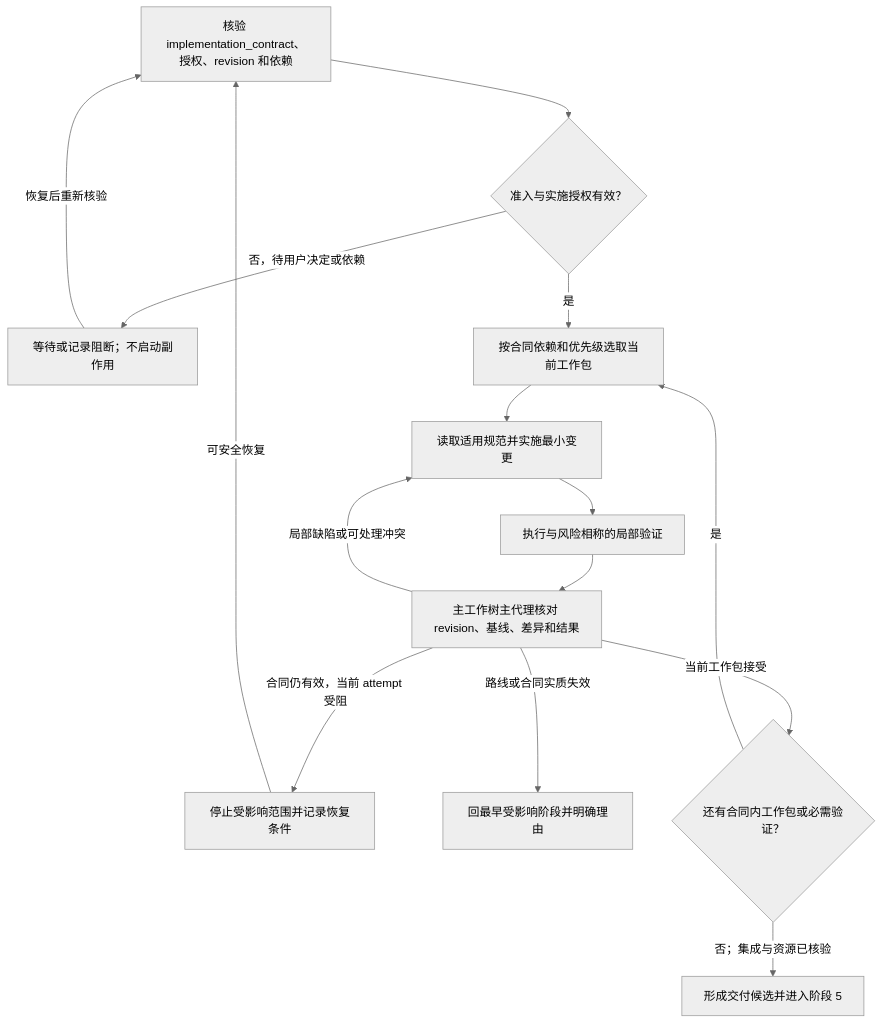
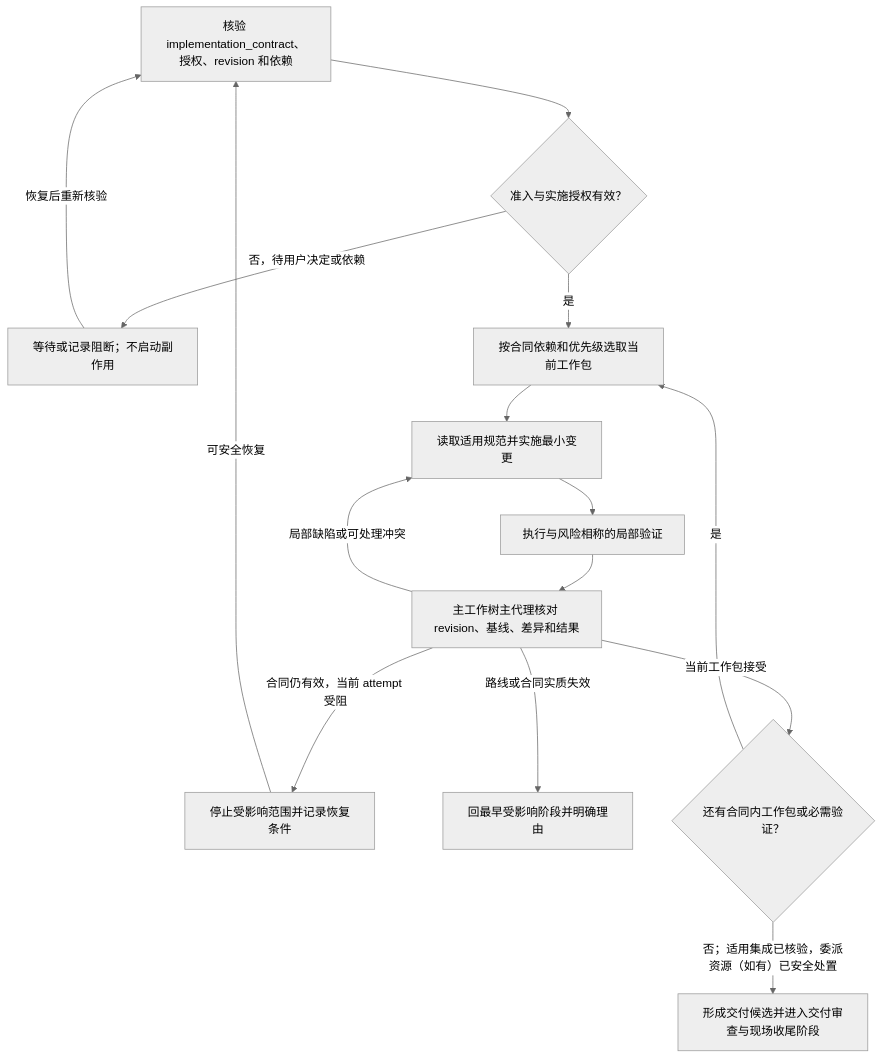
One commit to PennixRv/Trellis changed the diagram in packages/cli/src/templates/common/bundled-skills/trellis-task-implementation/workflow.md. Above: the diagram before and after it, drawn with Mermaid (neutral theme). The commit also changed other lines of this file and 74 other files, not shown here.

````diff
--- a/packages/cli/src/templates/common/bundled-skills/trellis-task-implementation/workflow.md
+++ b/packages/cli/src/templates/common/bundled-skills/trellis-task-implementation/workflow.md
@@ -9,17 +9,17 @@
 ```mermaid
 flowchart TD
   contract["核验 implementation_contract、授权、revision 和依赖"] --> ready{"准入与实施授权有效？"}
   ready -->|"否，待用户决定或依赖"| wait["等待或记录阻断；不启动副作用"]
   wait -->|"恢复后重新核验"| contract
   ready -->|"是"| work["按合同依赖和优先级选取当前工作包"]
   work --> implement["读取适用规范并实施最小变更"]
   implement --> verify["执行与风险相称的局部验证"]
   verify --> inspect["主工作树主代理核对 revision、基线、差异和结果"]
   inspect -->|"局部缺陷或可处理冲突"| implement
   inspect -->|"合同仍有效，当前 attempt 受阻"| stop["停止受影响范围并记录恢复条件"]
   stop -->|"可安全恢复"| contract
   inspect -->|"路线或合同实质失效"| replan["回最早受影响阶段并明确理由"]
   inspect -->|"当前工作包接受"| more{"还有合同内工作包或必需验证？"}
   more -->|"是"| work
-  more -->|"否；集成与资源已核验"| candidate["形成交付候选并进入阶段 5"]
+  more -->|"否；适用集成已核验，委派资源（如有）已安全处置"| candidate["形成交付候选并进入交付审查与现场收尾阶段"]
 ```
````
